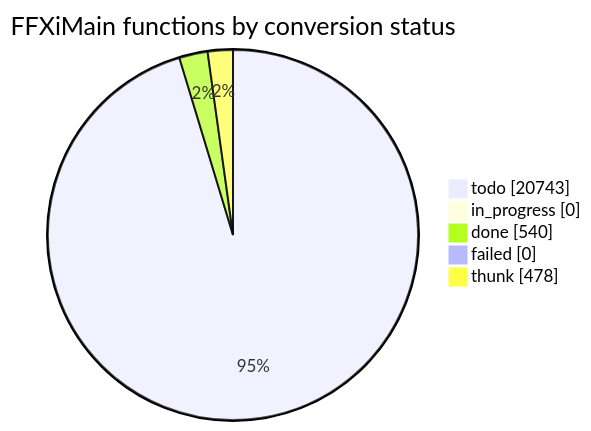
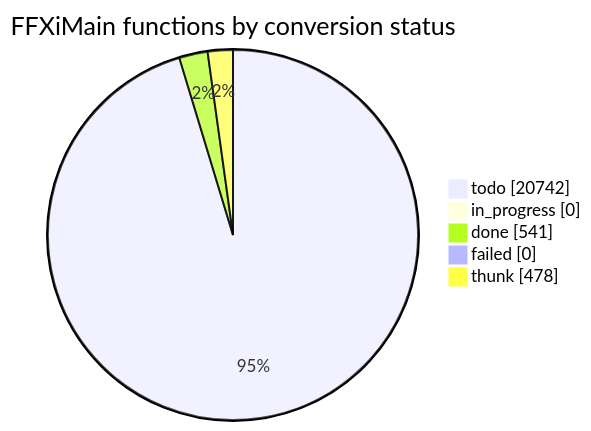
One commit to cowrevenge/cow_kuluu_xi_anything changed the diagram in docs/cow/STATUS.md. Above: the diagram before and after it, drawn with Mermaid. The commit also changed other lines of this file and 9 other files, not shown here.

````diff
--- a/docs/cow/STATUS.md
+++ b/docs/cow/STATUS.md
@@ -18,9 +18,9 @@
 ```mermaid
 pie showData
     title FFXiMain functions by conversion status
-    "todo" : 20743
+    "todo" : 20742
     "in_progress" : 0
-    "done" : 540
+    "done" : 541
     "failed" : 0
     "thunk" : 478
 ```
````
